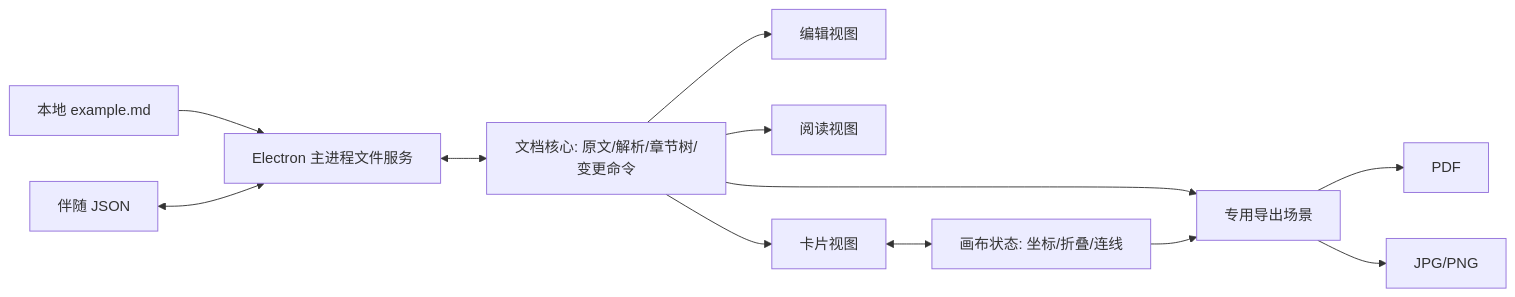
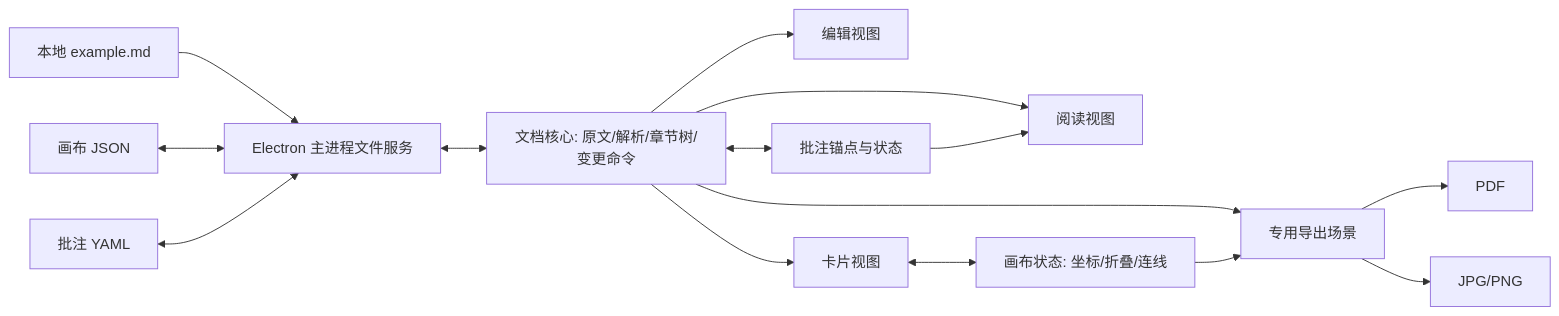
Before and after one commit to KLucen/MerMarked: the diagram in docs/PRODUCT_ARCHITECTURE.md, drawn with Mermaid. The commit also changed other lines of this file and 5 other files, not shown here.

````diff
--- a/docs/PRODUCT_ARCHITECTURE.md
+++ b/docs/PRODUCT_ARCHITECTURE.md
@@ -160,14 +216,17 @@
 ```mermaid
 flowchart LR
     FS[本地 example.md] --> IO[Electron 主进程文件服务]
-    SC[伴随 JSON] <--> IO
+    SC[画布 JSON] <--> IO
+    AN[批注 YAML] <--> IO
     IO <--> DOC[文档核心: 原文/解析/章节树/变更命令]
     DOC --> EDIT[编辑视图]
     DOC --> READ[阅读视图]
+    DOC <--> ANCHOR[批注锚点与状态]
+    ANCHOR --> READ
     DOC --> GRAPH[卡片视图]
     GRAPH <--> VIEW[画布状态: 坐标/折叠/连线]
     DOC --> EXPORT[专用导出场景]
     VIEW --> EXPORT
     EXPORT --> PDF[PDF]
     EXPORT --> IMG[JPG/PNG]
 ```
````
